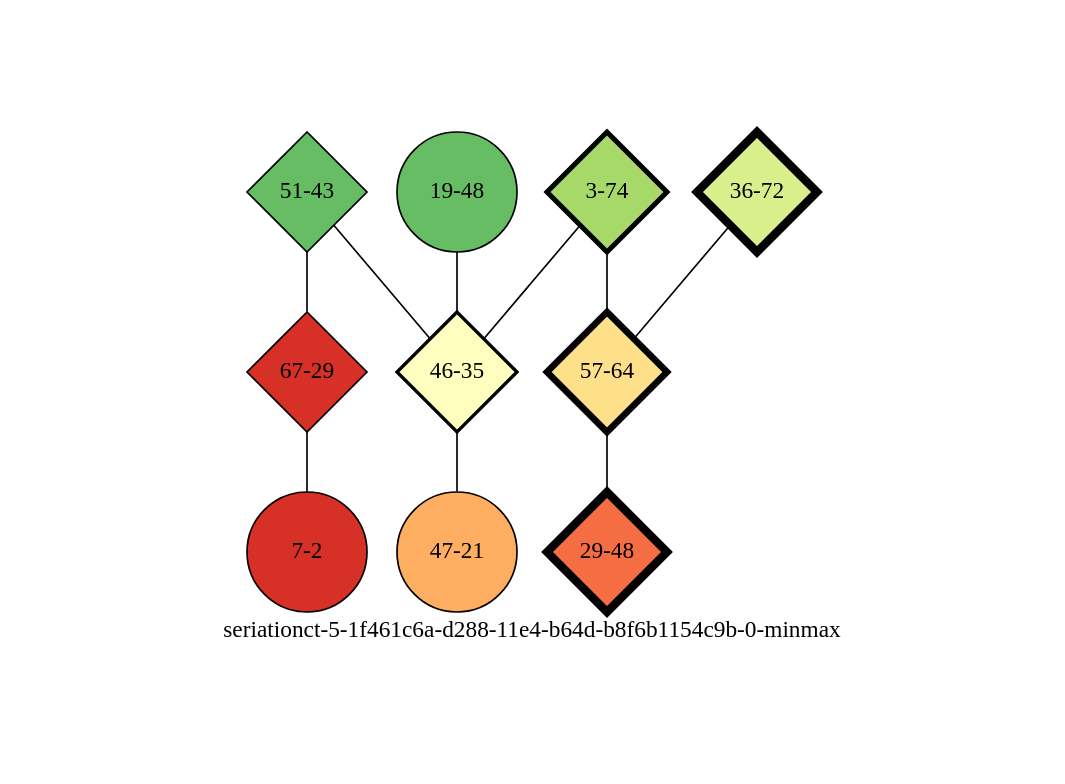
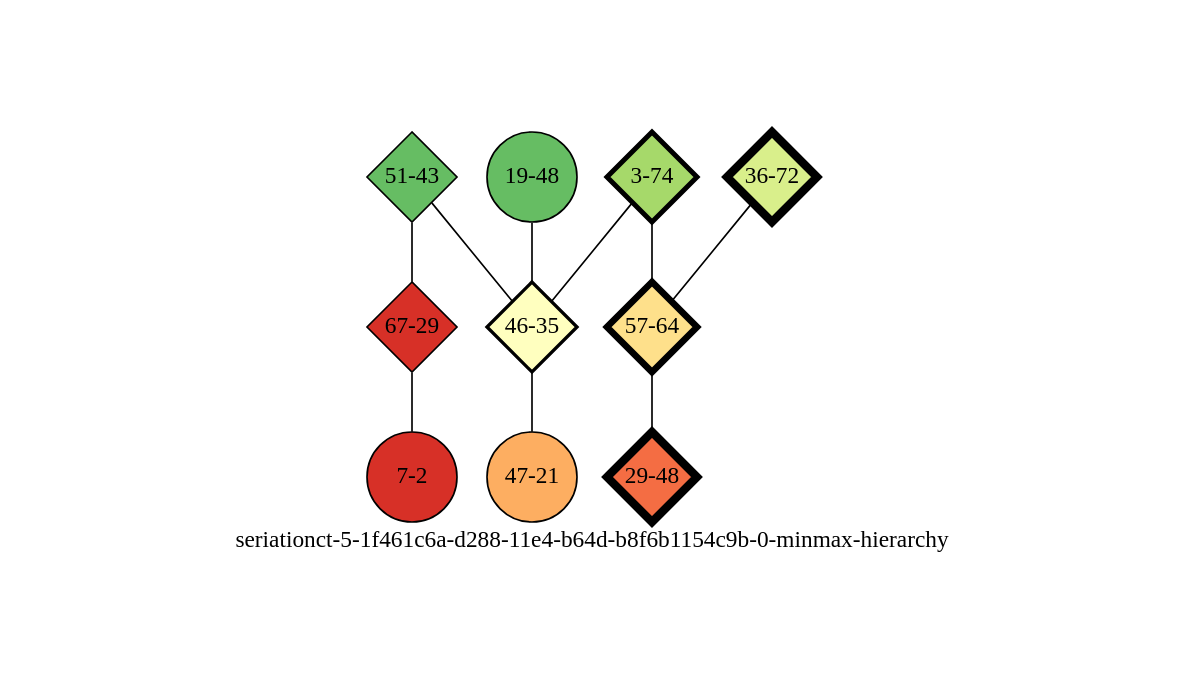
Before and after one commit to mmadsen/experiment-seriationct: the diagram in experiments/seriationct-5/seriation-results/1f461c6a-d288-11e4-b64d-b8f6b1154c9b-0-sampled-0.3/1f461c6a-d288-11e4-b64d-b8f6b1154c9b-0-sampled-0.3-minmax-by-weight.png-annotated-hierarchy.dot, drawn with Graphviz. The commit also changed 54 other files, not shown here.

```diff
--- a/experiments/seriationct-5/seriation-results/1f461c6a-d288-11e4-b64d-b8f6b1154c9b-0-sampled-0.3/1f461c6a-d288-11e4-b64d-b8f6b1154c9b-0-sampled-0.3-minmax-by-weight.png-annotated-hierarchy.dot
+++ b/experiments/seriationct-5/seriation-results/1f461c6a-d288-11e4-b64d-b8f6b1154c9b-0-sampled-0.3/1f461c6a-d288-11e4-b64d-b8f6b1154c9b-0-sampled-0.3-minmax-by-weight.png-annotated-hierarchy.dot
@@ -1,26 +1,26 @@
-strict graph "seriationct-5-1f461c6a-d288-11e4-b64d-b8f6b1154c9b-0-minmax" {
+strict graph "seriationct-5-1f461c6a-d288-11e4-b64d-b8f6b1154c9b-0-minmax-hierarchy" {
 labelloc=b;
 ratio=auto;
 pad="1.0";
-label="seriationct-5-1f461c6a-d288-11e4-b64d-b8f6b1154c9b-0-minmax";
-node [width=1, style=filled, fixedsize=true, height=1, shape=circle, label=""];
+label="seriationct-5-1f461c6a-d288-11e4-b64d-b8f6b1154c9b-0-minmax-hierarchy";
+node [width="0.75", style=filled, fixedsize=true, height="0.75", shape=circle, label=""];
 0 [xCoordinate="43.0", appears_in_slice=1, yCoordinate="51.0", level=child, colorscheme=rdylgn11, child_of=root, short_label="51-43", label="51-43", shape=diamond, fillcolor=9, size="16.6857725131", parent_node="assemblage-13-15", id=0, penwidth="1.0"];
 1 [xCoordinate="48.0", appears_in_slice=1, yCoordinate="19.0", level=grandchild, colorscheme=rdylgn11, child_of="assemblage-51-43", short_label="19-48", label="19-48", shape=circle, fillcolor=9, size="16.6857725131", parent_node="assemblage-51-43", id=1, penwidth="1.0"];
 2 [xCoordinate="74.0", appears_in_slice=3, yCoordinate="3.0", level=child, colorscheme=rdylgn11, child_of=root, short_label="3-74", label="3-74", shape=diamond, fillcolor=8, size="1001.10389335", parent_node="assemblage-13-15", id=2, penwidth="3.0"];
 3 [xCoordinate="72.0", appears_in_slice=5, yCoordinate="36.0", level=child, colorscheme=rdylgn11, child_of=root, short_label="36-72", label="36-72", shape=diamond, fillcolor=7, size="982.521688674", parent_node="assemblage-13-15", id=3, penwidth="5.0"];
 4 [xCoordinate="35.0", appears_in_slice=2, yCoordinate="46.0", level=child, colorscheme=rdylgn11, child_of=root, short_label="46-35", label="46-35", shape=diamond, fillcolor=6, size="942.399411257", parent_node="assemblage-13-15", id=6, penwidth="2.0"];
 5 [xCoordinate="64.0", appears_in_slice=4, yCoordinate="57.0", level=child, colorscheme=rdylgn11, child_of=root, short_label="57-64", label="57-64", shape=diamond, fillcolor=5, size="1008.02445548", parent_node="assemblage-13-15", id=5, penwidth="4.0"];
 6 [xCoordinate="21.0", appears_in_slice=1, yCoordinate="47.0", level=grandchild, colorscheme=rdylgn11, child_of="assemblage-28-69", short_label="47-21", label="47-21", shape=circle, fillcolor=4, size="16.6857725131", parent_node="assemblage-28-69", id=4, penwidth="1.0"];
 7 [xCoordinate="48.0", appears_in_slice=5, yCoordinate="29.0", level=child, colorscheme=rdylgn11, child_of=root, short_label="29-48", label="29-48", shape=diamond, fillcolor=3, size="982.521688674", parent_node="assemblage-13-15", id=9, penwidth="5.0"];
 8 [xCoordinate="29.0", appears_in_slice=1, yCoordinate="67.0", level=child, colorscheme=rdylgn11, child_of=root, short_label="67-29", label="67-29", shape=diamond, fillcolor=2, size="16.6857725131", parent_node="assemblage-13-15", id=8, penwidth="1.0"];
 9 [xCoordinate="2.0", appears_in_slice=1, yCoordinate="7.0", level=grandchild, colorscheme=rdylgn11, child_of="assemblage-67-29", short_label="7-2", label="7-2", shape=circle, fillcolor=2, size="16.6857725131", parent_node="assemblage-67-29", id=7, penwidth="1.0"];
 0 -- 8  [inverseweight="1.40658277765", weight="0.710942872251"];
 0 -- 4  [inverseweight="1.93398588155", weight="0.517066856352"];
 1 -- 4  [inverseweight="1.04212168782", weight="0.959580835604"];
 2 -- 4  [inverseweight="9.49840501055", weight="0.105280833876"];
 2 -- 5  [inverseweight="5.35127503678", weight="0.186871351804"];
 3 -- 5  [inverseweight="9.68601602576", weight="0.103241621461"];
 4 -- 6  [inverseweight="0.854706533659", weight="1.16999222613"];
 5 -- 7  [inverseweight="8.89074428859", weight="0.112476522498"];
 8 -- 9  [inverseweight="5.60881946101", weight="0.178290637977"];
 }
```
